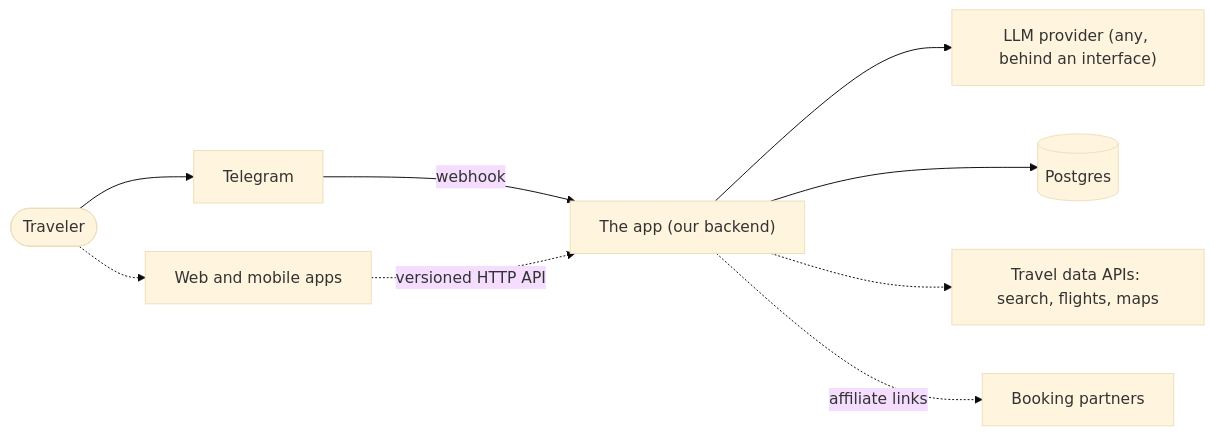
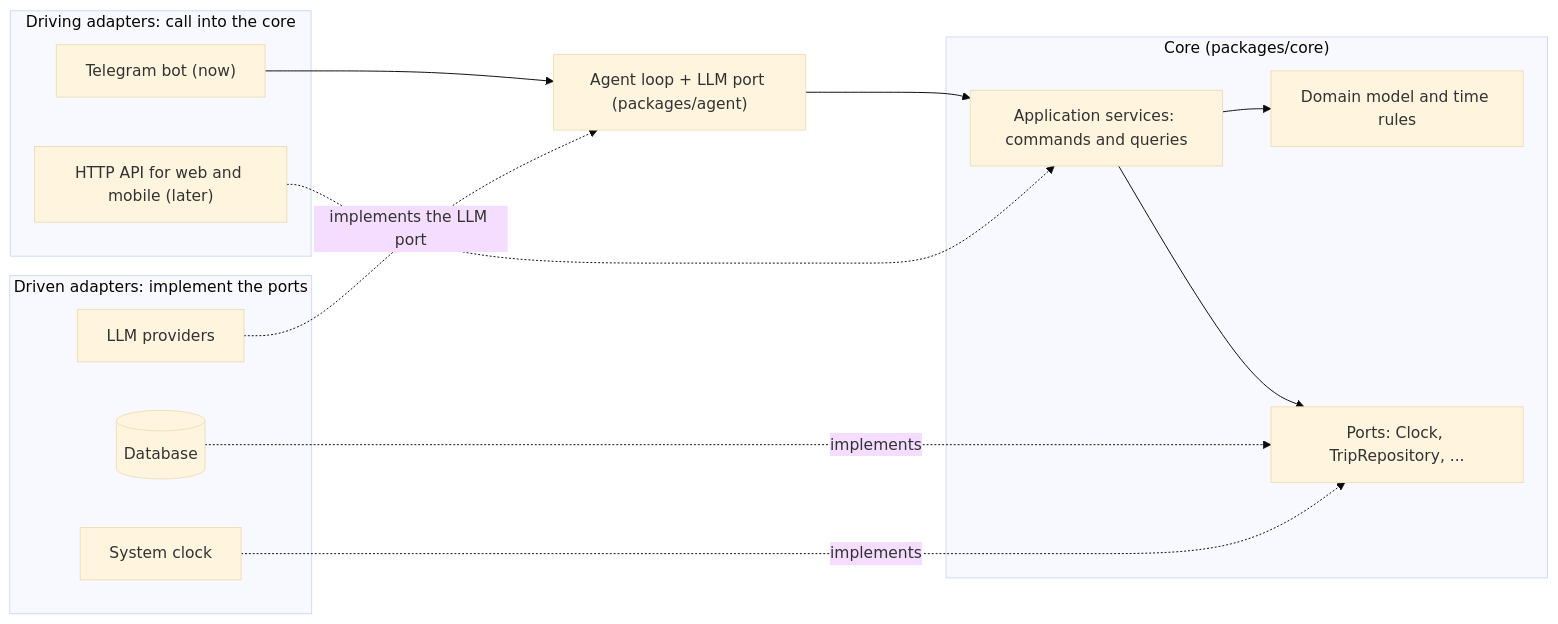
Before and after one commit to guidugaich/ai-travel-agent: the first of 4 diagrams in ARCHITECTURE.md, drawn with Mermaid (base theme). The commit also changed other lines of this file and 24 other files, not shown here.

````diff
--- a/ARCHITECTURE.md
+++ b/ARCHITECTURE.md
@@ -25,20 +23,30 @@
 ```mermaid
 flowchart LR
-  traveler(["Traveler"])
-  telegram["Telegram"]
-  clients["Web and mobile apps"]
-  app["The app (our backend)"]
-  llm["LLM provider (any, behind an interface)"]
-  db[("Postgres")]
-  data["Travel data APIs: search, flights, maps"]
-  partners["Booking partners"]
+  subgraph driving ["Driving adapters: call into the core"]
+    tg["Telegram bot (now)"]
+    api["HTTP API for web and mobile (later)"]
+  end
 
-  traveler --> telegram
-  traveler -.-> clients
-  telegram -- "webhook" --> app
-  clients -. "versioned HTTP API" .-> app
-  app --> llm
-  app --> db
-  app -.-> data
-  app -. "affiliate links" .-> partners
+  agent["Agent loop + LLM port (packages/agent)"]
+
+  subgraph core ["Core (packages/core)"]
+    svc["Application services: commands and queries"]
+    dom["Domain model and time rules"]
+    port["Ports: Clock, TripRepository, ..."]
+  end
+
+  subgraph driven ["Driven adapters: implement the ports"]
+    db[("Database")]
+    clk["System clock"]
+    llm["LLM providers"]
+  end
+
+  tg --> agent
+  agent --> svc
+  api -.-> svc
+  svc --> dom
+  svc --> port
+  db -. implements .-> port
+  clk -. implements .-> port
+  llm -. "implements the LLM port" .-> agent
 ```
````
